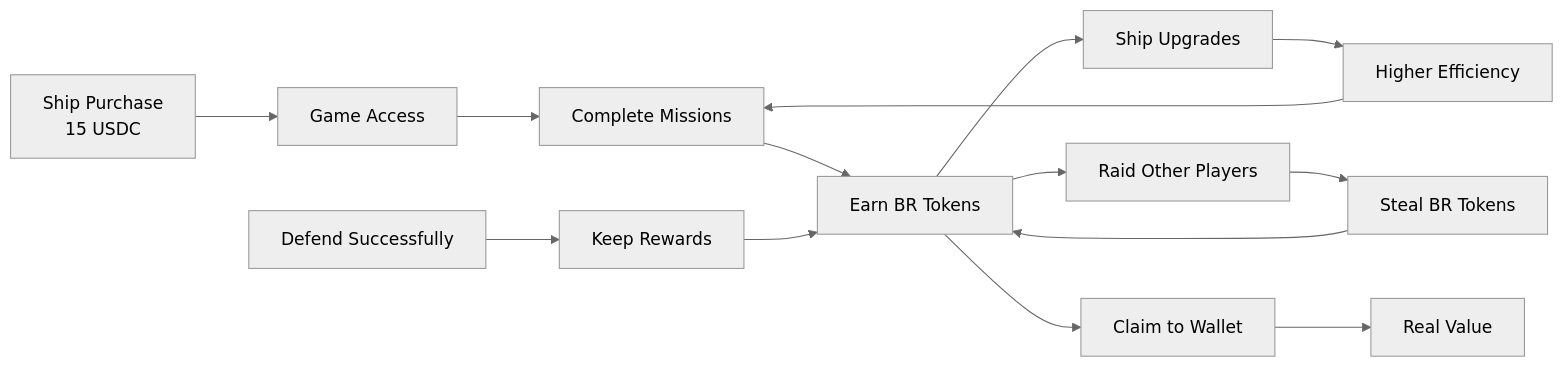
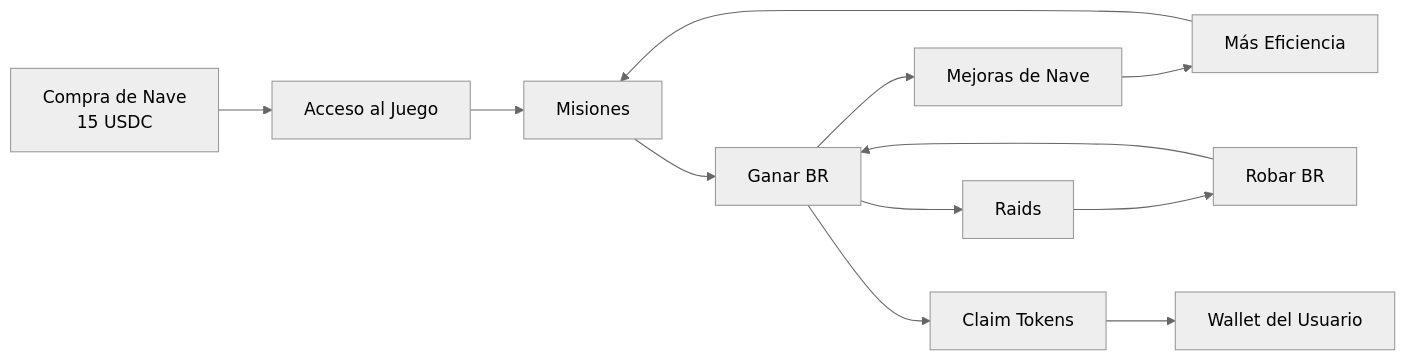
Before and after one commit to MaliosDark/Astro-Ops: the fifth of 5 diagrams in README.md, drawn with Mermaid (neutral theme). The commit also changed other lines of this file, not shown here.

````diff
--- a/README.md
+++ b/README.md
@@ -499,19 +371,16 @@
 ```mermaid
 graph LR
-    A[Ship Purchase<br/>15 USDC] --> B[Game Access]
-    B --> C[Complete Missions]
-    C --> D[Earn BR Tokens]
-    D --> E[Ship Upgrades]
-    E --> F[Higher Efficiency]
+    A[Compra de Nave<br/>15 USDC] --> B[Acceso al Juego]
+    B --> C[Misiones]
+    C --> D[Ganar BR]
+    D --> E[Mejoras de Nave]
+    E --> F[Más Eficiencia]
     F --> C
     
-    D --> G[Raid Other Players]
-    G --> H[Steal BR Tokens]
+    D --> G[Raids]
+    G --> H[Robar BR]
     H --> D
     
-    D --> I[Claim to Wallet]
-    I --> J[Real Value]
-    
-    K[Defend Successfully] --> L[Keep Rewards]
-    L --> D
+    D --> I[Claim Tokens]
+    I --> J[Wallet del Usuario]
 ```
````
